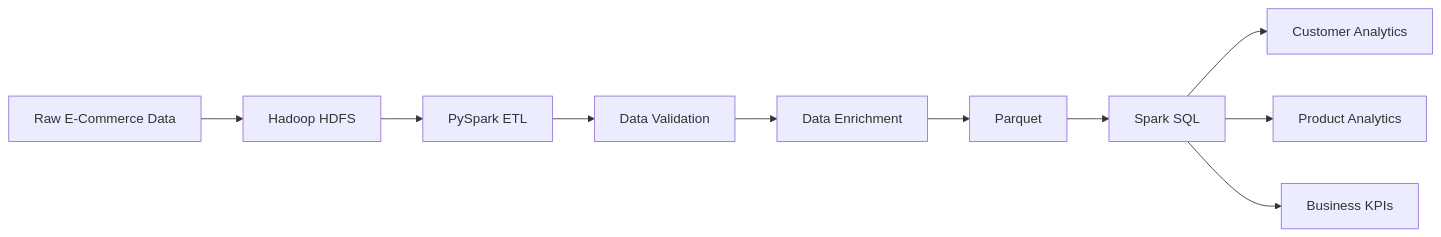
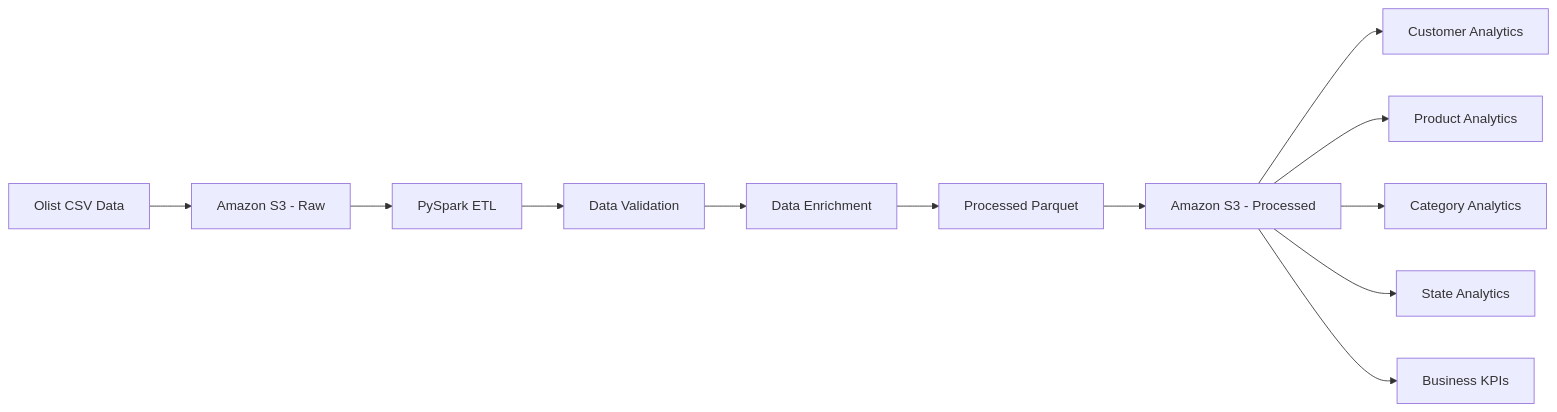
Before and after one commit to Pranavp144/ecommerce-big-data-platform: the first of 2 diagrams in README.md, drawn with Mermaid. The commit also changed other lines of this file and 6 other files, not shown here.

````diff
--- a/README.md
+++ b/README.md
@@ -56,13 +60,25 @@
 ```mermaid
 flowchart LR
-    A[Raw E-Commerce Data] --> B[Hadoop HDFS]
+
+    A[Olist CSV Data] --> B[Amazon S3 - Raw]
+
     B --> C[PySpark ETL]
+
     C --> D[Data Validation]
+
     D --> E[Data Enrichment]
-    E --> F[Parquet]
-    F --> G[Spark SQL]
+
+    E --> F[Processed Parquet]
+
+    F --> G[Amazon S3 - Processed]
 
     G --> H[Customer Analytics]
+
     G --> I[Product Analytics]
-    G --> J[Business KPIs]
+
+    G --> J[Category Analytics]
+
+    G --> K[State Analytics]
+
+    G --> L[Business KPIs]
 ```
````
